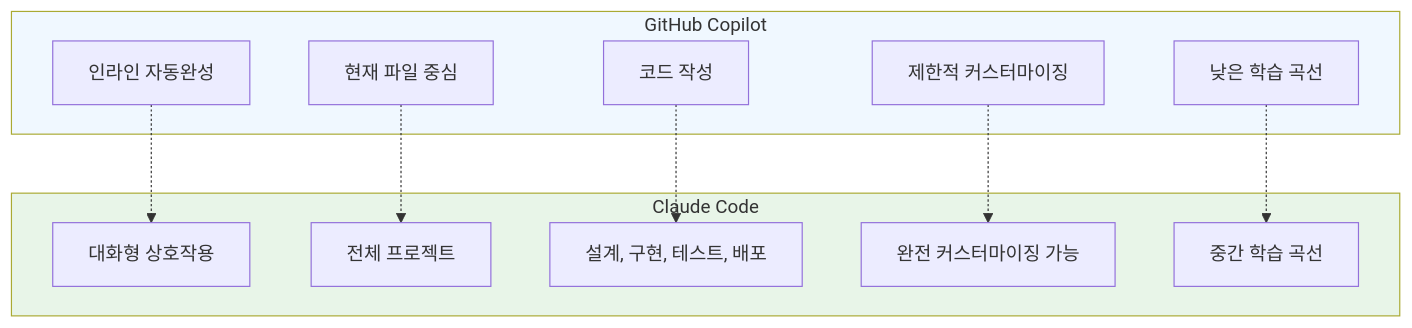
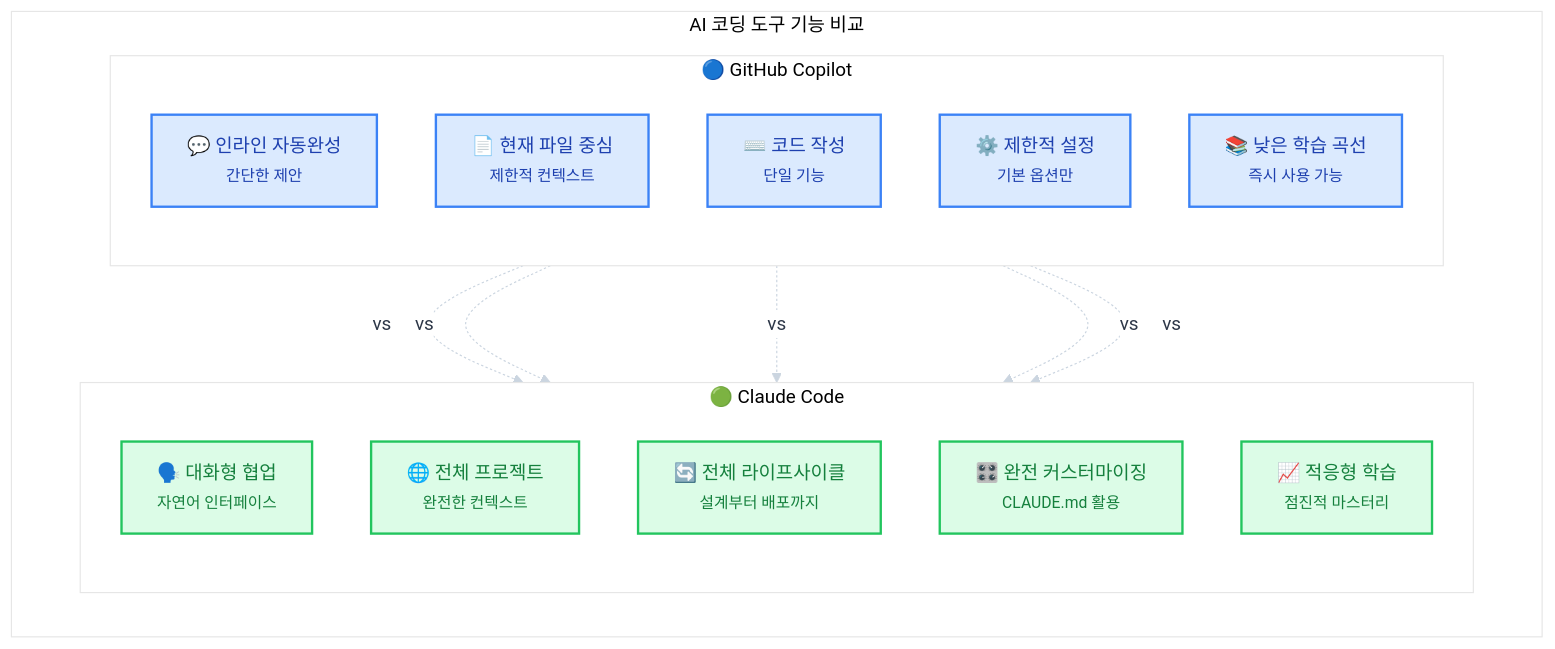
One commit to revfactory/claude-code-mastering changed the fourth of 6 diagrams in book/01-chapter1.md. Above: the diagram before and after it, drawn with Mermaid. The commit also changed other lines of this file, not shown here.

First line of the commit message:
style: 1장 다이어그램을 전문적 스타일로 고도화

````diff
--- a/book/01-chapter1.md
+++ b/book/01-chapter1.md
@@ -161,27 +197,37 @@
 ```mermaid
-graph TD
-    subgraph copilot ["GitHub Copilot"]
-        A1["인라인 자동완성"]
-        A2["현재 파일 중심"]
-        A3["코드 작성"]
-        A4["제한적 커스터마이징"]
-        A5["낮은 학습 곡선"]
+%%{init: {"theme": "base", "themeVariables": {"primaryColor": "#ffffff", "primaryTextColor": "#2d3748", "primaryBorderColor": "#4a5568", "lineColor": "#cbd5e0"}}}%%
+graph LR
+    subgraph comparison ["AI 코딩 도구 기능 비교"]
+        direction TB
+        
+        subgraph copilot ["🔵 GitHub Copilot"]
+            direction TB
+            A1["💬 인라인 자동완성<br/><small>간단한 제안</small>"]
+            A2["📄 현재 파일 중심<br/><small>제한적 컨텍스트</small>"]
+            A3["⌨️ 코드 작성<br/><small>단일 기능</small>"]
+            A4["⚙️ 제한적 설정<br/><small>기본 옵션만</small>"]
+            A5["📚 낮은 학습 곡선<br/><small>즉시 사용 가능</small>"]
+        end
+        
+        subgraph claude ["🟢 Claude Code"]
+            direction TB
+            B1["🗣️ 대화형 협업<br/><small>자연어 인터페이스</small>"]
+            B2["🌐 전체 프로젝트<br/><small>완전한 컨텍스트</small>"]
+            B3["🔄 전체 라이프사이클<br/><small>설계부터 배포까지</small>"]
+            B4["🎛️ 완전 커스터마이징<br/><small>CLAUDE.md 활용</small>"]
+            B5["📈 적응형 학습<br/><small>점진적 마스터리</small>"]
+        end
+        
+        A1 -.->|vs| B1
+        A2 -.->|vs| B2
+        A3 -.->|vs| B3
+        A4 -.->|vs| B4
+        A5 -.->|vs| B5
     end
     
-    subgraph claude ["Claude Code"]
-        B1["대화형 상호작용"]
-        B2["전체 프로젝트"]
-        B3["설계, 구현, 테스트, 배포"]
-        B4["완전 커스터마이징 가능"]
-        B5["중간 학습 곡선"]
-    end
+    classDef copilotStyle fill:#dbeafe,stroke:#3b82f6,stroke-width:2px,color:#1e40af
+    classDef claudeStyle fill:#dcfce7,stroke:#22c55e,stroke-width:2px,color:#15803d
     
-    A1 -.-> B1
-    A2 -.-> B2
-    A3 -.-> B3
-    A4 -.-> B4
-    A5 -.-> B5
-    
-    style copilot fill:#f0f8ff
-    style claude fill:#e8f5e8
+    class A1,A2,A3,A4,A5 copilotStyle
+    class B1,B2,B3,B4,B5 claudeStyle
 ```
````
